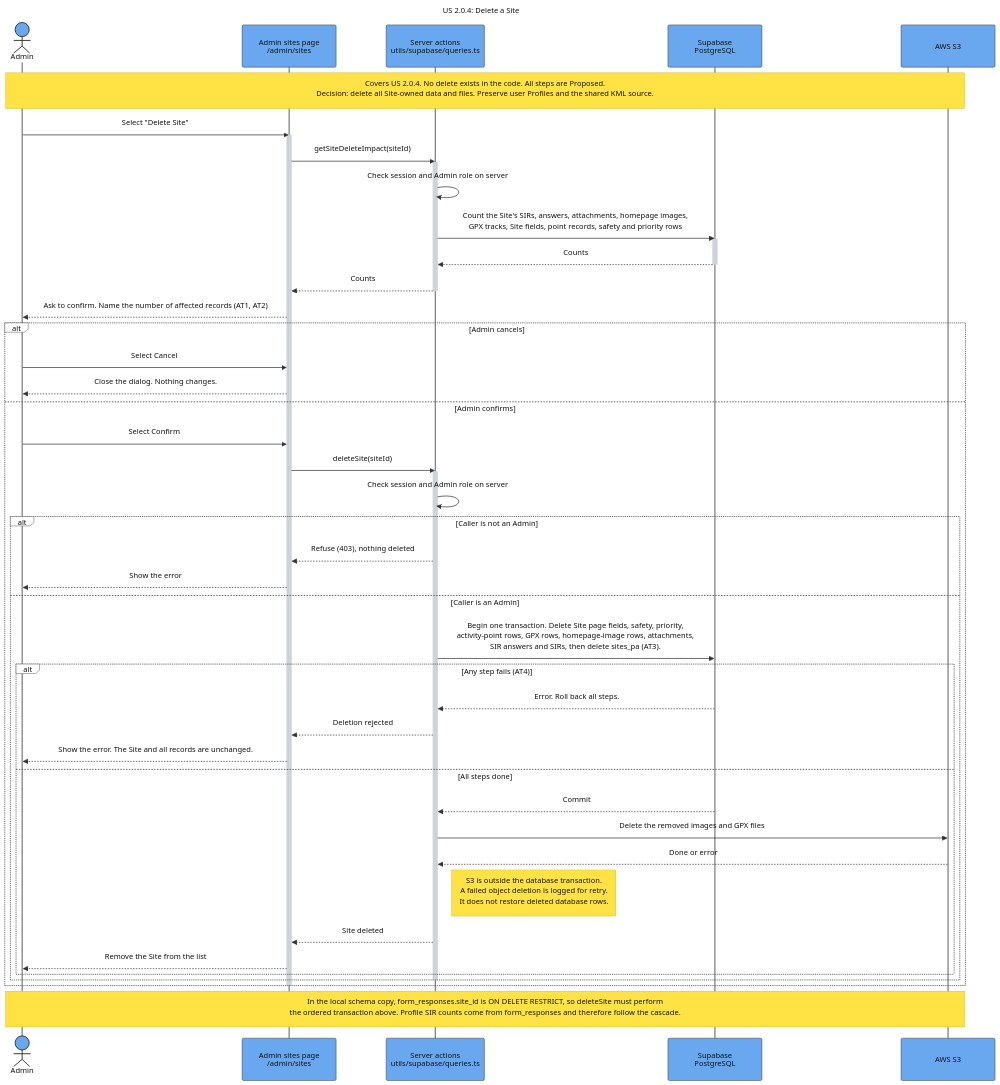
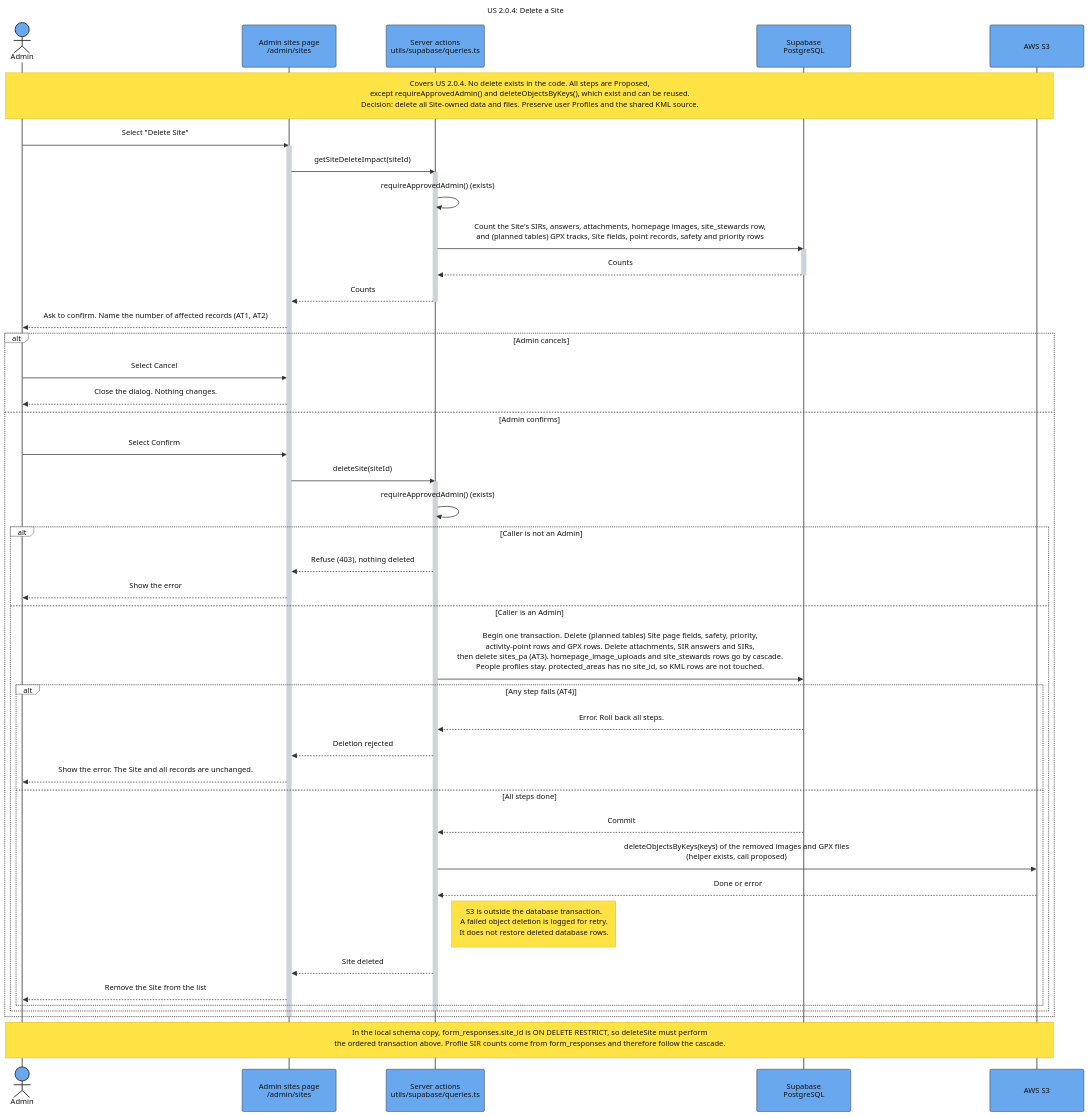
The diagram in docs/assets/Sequence_US_2_0_4_Delete_Site.mmd (SAPAA-Dev/W26Project-SAPAA-Dev-Team), drawn with Mermaid before and after one commit. The commit also changed 63 other files, not shown here.

First line of the commit message:
(feat): add diagram generator that updates diagrams on every PR (#157)

```diff
--- a/docs/assets/Sequence_US_2_0_4_Delete_Site.mmd
+++ b/docs/assets/Sequence_US_2_0_4_Delete_Site.mmd
@@ -1,95 +1,95 @@
 ---
 title: "US 2.0.4: Delete a Site"
 config:
   theme: base
   sequence:
     actorMargin: 70
     boxMargin: 12
     diagramMarginX: 45
     diagramMarginY: 30
     messageMargin: 38
     noteMargin: 16
     mirrorActors: true
     width: 200
     height: 90
   themeVariables:
     background: "#ffffff"
     primaryColor: "#69a8ef"
     primaryBorderColor: "#333333"
     primaryTextColor: "#111111"
     actorBkg: "#69a8ef"
     actorBorder: "#333333"
     actorTextColor: "#111111"
     actorLineColor: "#555555"
     signalColor: "#333333"
     signalTextColor: "#111111"
     activationBkgColor: "#cdd3db"
     activationBorderColor: "#cdd3db"
     noteBkgColor: "#ffe344"
     noteBorderColor: "#d4ba24"
     noteTextColor: "#111111"
     labelBoxBkgColor: "#ffffff"
     labelBoxBorderColor: "#555555"
     labelTextColor: "#111111"
     loopTextColor: "#111111"
     altBackground: "#ffffff"
   themeCSS: |
     .actor-line {
       stroke-dasharray: 10 10 !important;
       stroke-width: 1.25px !important;
     }
 ---
 sequenceDiagram
     autonumber off
     actor Admin
     participant Page as Admin sites page<br/>/admin/sites
     participant Actions as Server actions<br/>utils/supabase/queries.ts
     participant DB as Supabase<br/>PostgreSQL
     participant S3 as AWS S3
 
-    Note over Admin,S3: Covers US 2.0.4. No delete exists in the code. All steps are Proposed.<br/>Decision: delete all Site-owned data and files. Preserve user Profiles and the shared KML source.
+    Note over Admin,S3: Covers US 2.0.4. No delete exists in the code. All steps are Proposed,<br/>except requireApprovedAdmin() and deleteObjectsByKeys(), which exist and can be reused.<br/>Decision: delete all Site-owned data and files. Preserve user Profiles and the shared KML source.
 
     Admin->>Page: Select "Delete Site"
     activate Page
     Page->>Actions: getSiteDeleteImpact(siteId)
     activate Actions
-    Actions->>Actions: Check session and Admin role on server
-    Actions->>DB: Count the Site's SIRs, answers, attachments, homepage images,<br/>GPX tracks, Site fields, point records, safety and priority rows
+    Actions->>Actions: requireApprovedAdmin() (exists)
+    Actions->>DB: Count the Site's SIRs, answers, attachments, homepage images, site_stewards row,<br/>and (planned tables) GPX tracks, Site fields, point records, safety and priority rows
     activate DB
     DB-->>Actions: Counts
     deactivate DB
     Actions-->>Page: Counts
     deactivate Actions
     Page-->>Admin: Ask to confirm. Name the number of affected records (AT1, AT2)
 
     alt Admin cancels
         Admin->>Page: Select Cancel
         Page-->>Admin: Close the dialog. Nothing changes.
     else Admin confirms
         Admin->>Page: Select Confirm
         Page->>Actions: deleteSite(siteId)
         activate Actions
-        Actions->>Actions: Check session and Admin role on server
+        Actions->>Actions: requireApprovedAdmin() (exists)
         alt Caller is not an Admin
             Actions-->>Page: Refuse (403), nothing deleted
             Page-->>Admin: Show the error
         else Caller is an Admin
-            Actions->>DB: Begin one transaction. Delete Site page fields, safety, priority,<br/>activity-point rows, GPX rows, homepage-image rows, attachments,<br/>SIR answers and SIRs, then delete sites_pa (AT3).
+            Actions->>DB: Begin one transaction. Delete (planned tables) Site page fields, safety, priority,<br/>activity-point rows and GPX rows. Delete attachments, SIR answers and SIRs,<br/>then delete sites_pa (AT3). homepage_image_uploads and site_stewards rows go by cascade.<br/>People profiles stay. protected_areas has no site_id, so KML rows are not touched.
             alt Any step fails (AT4)
                 DB-->>Actions: Error. Roll back all steps.
                 Actions-->>Page: Deletion rejected
                 Page-->>Admin: Show the error. The Site and all records are unchanged.
             else All steps done
                 DB-->>Actions: Commit
-                Actions->>S3: Delete the removed images and GPX files
+                Actions->>S3: deleteObjectsByKeys(keys) of the removed images and GPX files<br/>(helper exists, call proposed)
                 S3-->>Actions: Done or error
                 Note right of Actions: S3 is outside the database transaction.<br/>A failed object deletion is logged for retry.<br/>It does not restore deleted database rows.
                 Actions-->>Page: Site deleted
                 Page-->>Admin: Remove the Site from the list
             end
         end
         deactivate Actions
     end
     deactivate Page
 
     Note over Admin,S3: In the local schema copy, form_responses.site_id is ON DELETE RESTRICT, so deleteSite must perform<br/>the ordered transaction above. Profile SIR counts come from form_responses and therefore follow the cascade.
```
